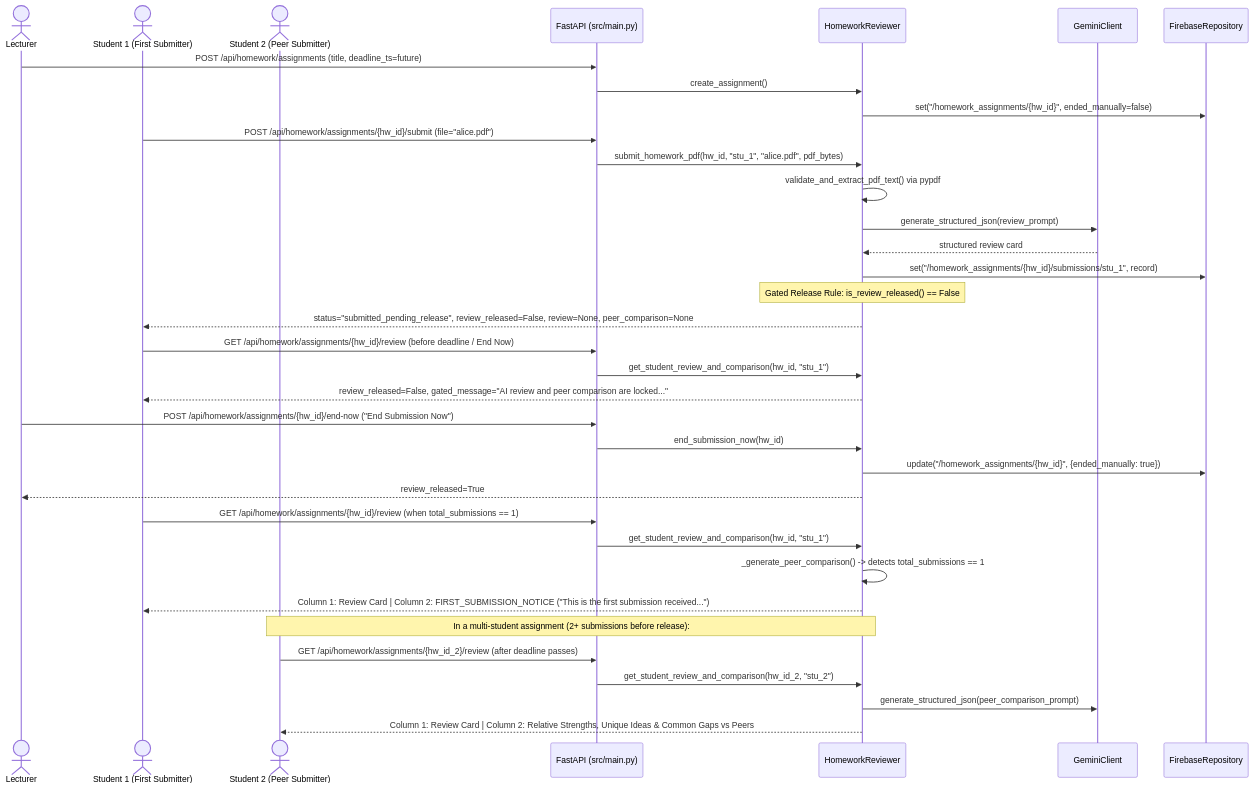
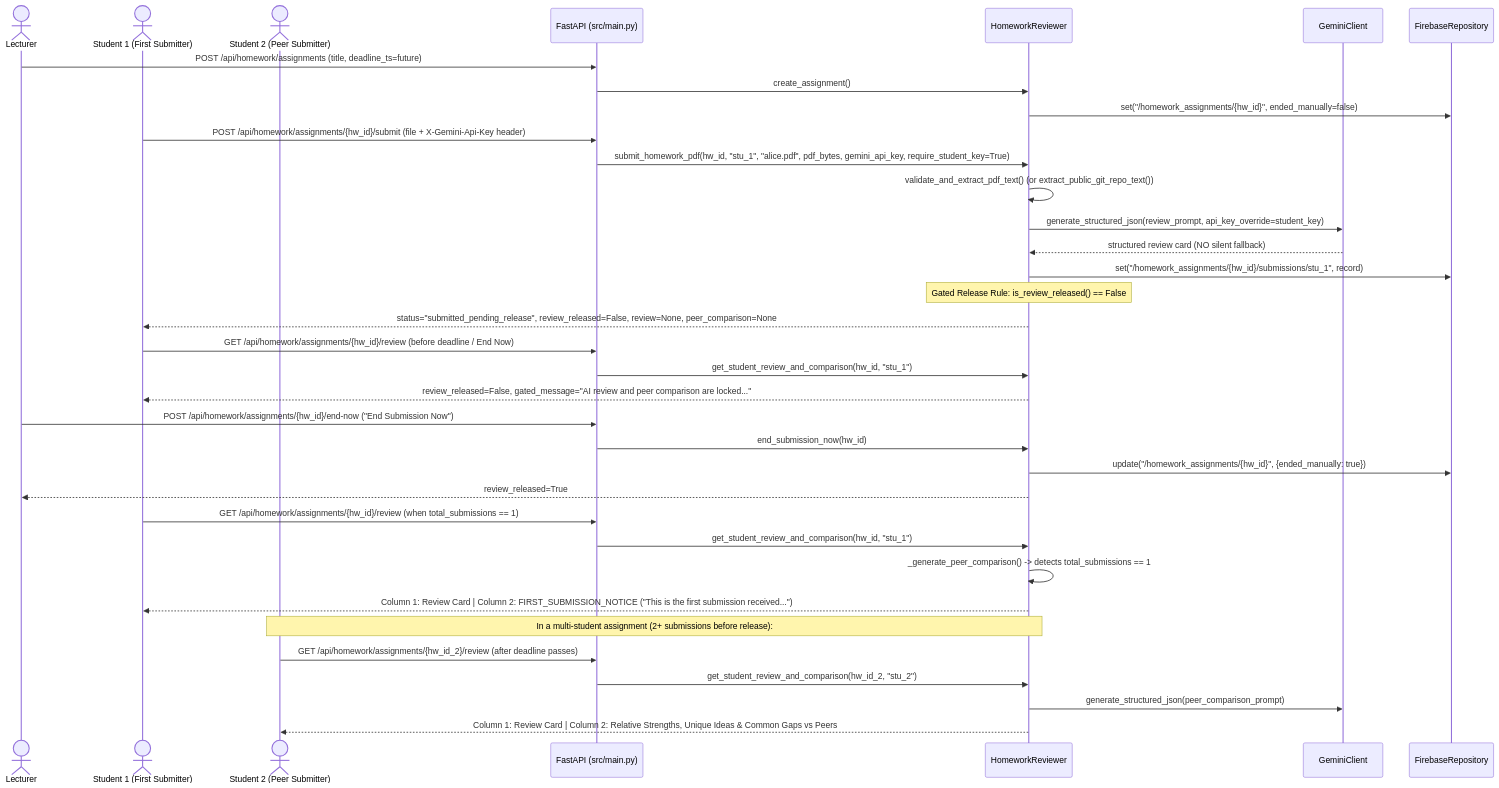
Before and after one commit to IlayOr-Chen/AI-Teaching-Assistant-Web: the fifth of 5 diagrams in docs/05_architecture_and_diagrams.md, drawn with Mermaid. The commit also changed other lines of this file and 11 other files, not shown here.

Commit message:
feat(ui,docs): add student BYOK localStorage panel, free-text model selector, poll unvoting, and updated docs (Refs #15)

````diff
--- a/docs/05_architecture_and_diagrams.md
+++ b/docs/05_architecture_and_diagrams.md
@@ -403,43 +409,43 @@
 ```mermaid
 sequenceDiagram
     actor Lecturer
     actor Student1 as Student 1 (First Submitter)
     actor Student2 as Student 2 (Peer Submitter)
     participant API as FastAPI (src/main.py)
     participant HW as HomeworkReviewer
     participant Gem as GeminiClient
     participant DB as FirebaseRepository
 
     Lecturer->>API: POST /api/homework/assignments (title, deadline_ts=future)
     API->>HW: create_assignment()
     HW->>DB: set("/homework_assignments/{hw_id}", ended_manually=false)
 
-    Student1->>API: POST /api/homework/assignments/{hw_id}/submit (file="alice.pdf")
-    API->>HW: submit_homework_pdf(hw_id, "stu_1", "alice.pdf", pdf_bytes)
-    HW->>HW: validate_and_extract_pdf_text() via pypdf
-    HW->>Gem: generate_structured_json(review_prompt)
-    Gem-->>HW: structured review card
+    Student1->>API: POST /api/homework/assignments/{hw_id}/submit (file + X-Gemini-Api-Key header)
+    API->>HW: submit_homework_pdf(hw_id, "stu_1", "alice.pdf", pdf_bytes, gemini_api_key, require_student_key=True)
+    HW->>HW: validate_and_extract_pdf_text() (or extract_public_git_repo_text())
+    HW->>Gem: generate_structured_json(review_prompt, api_key_override=student_key)
+    Gem-->>HW: structured review card (NO silent fallback)
     HW->>DB: set("/homework_assignments/{hw_id}/submissions/stu_1", record)
     Note over HW: Gated Release Rule: is_review_released() == False
     HW-->>Student1: status="submitted_pending_release", review_released=False, review=None, peer_comparison=None
 
     Student1->>API: GET /api/homework/assignments/{hw_id}/review (before deadline / End Now)
     API->>HW: get_student_review_and_comparison(hw_id, "stu_1")
     HW-->>Student1: review_released=False, gated_message="AI review and peer comparison are locked..."
 
     Lecturer->>API: POST /api/homework/assignments/{hw_id}/end-now ("End Submission Now")
     API->>HW: end_submission_now(hw_id)
     HW->>DB: update("/homework_assignments/{hw_id}", {ended_manually: true})
     HW-->>Lecturer: review_released=True
 
     Student1->>API: GET /api/homework/assignments/{hw_id}/review (when total_submissions == 1)
     API->>HW: get_student_review_and_comparison(hw_id, "stu_1")
     HW->>HW: _generate_peer_comparison() -> detects total_submissions == 1
     HW-->>Student1: Column 1: Review Card | Column 2: FIRST_SUBMISSION_NOTICE ("This is the first submission received...")
 
     Note over Student2,HW: In a multi-student assignment (2+ submissions before release):
     Student2->>API: GET /api/homework/assignments/{hw_id_2}/review (after deadline passes)
     API->>HW: get_student_review_and_comparison(hw_id_2, "stu_2")
     HW->>Gem: generate_structured_json(peer_comparison_prompt)
     HW-->>Student2: Column 1: Review Card | Column 2: Relative Strengths, Unique Ideas & Common Gaps vs Peers
 ```
````
